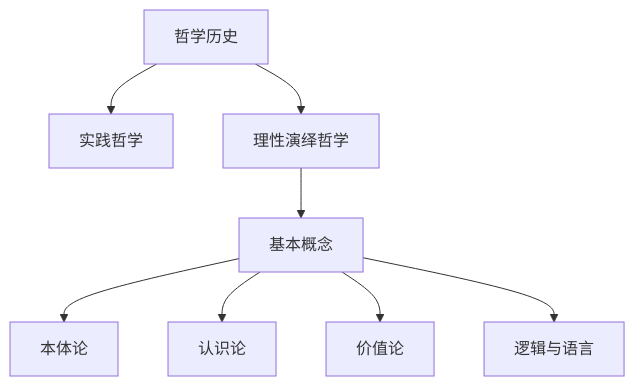
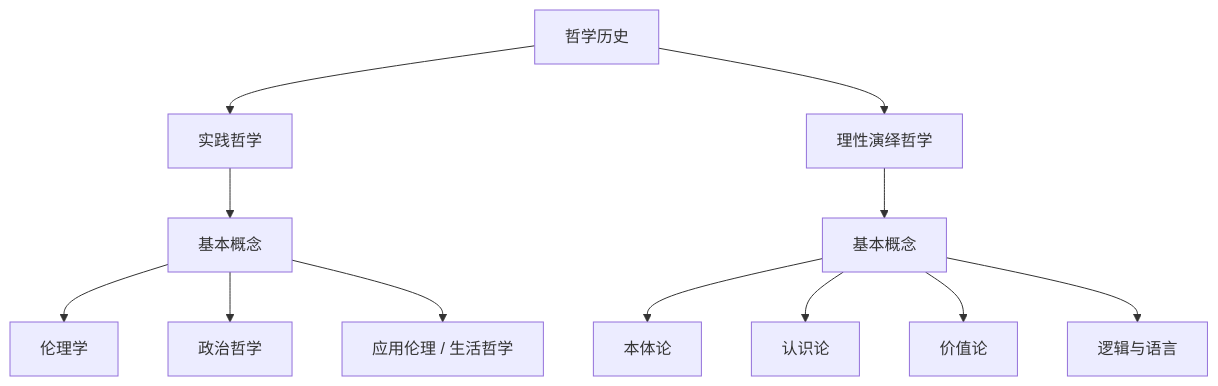
Before and after one commit to XinYong-Liu/Filosofia: the diagram in README.md, drawn with Mermaid.

````diff
--- a/README.md
+++ b/README.md
@@ -12,10 +12,16 @@
 ```mermaid
 graph TD
   A[哲学历史] --> B[实践哲学]
+
   A --> C[理性演绎哲学]
   C --> D[基本概念]
   D --> E[本体论]
   D --> F[认识论]
   D --> G[价值论]
   D --> H[逻辑与语言]
+
+  B --> I[基本概念]
+  I --> J[伦理学]
+  I --> K[政治哲学]
+  I --> L[应用伦理 / 生活哲学]
 ```
````
